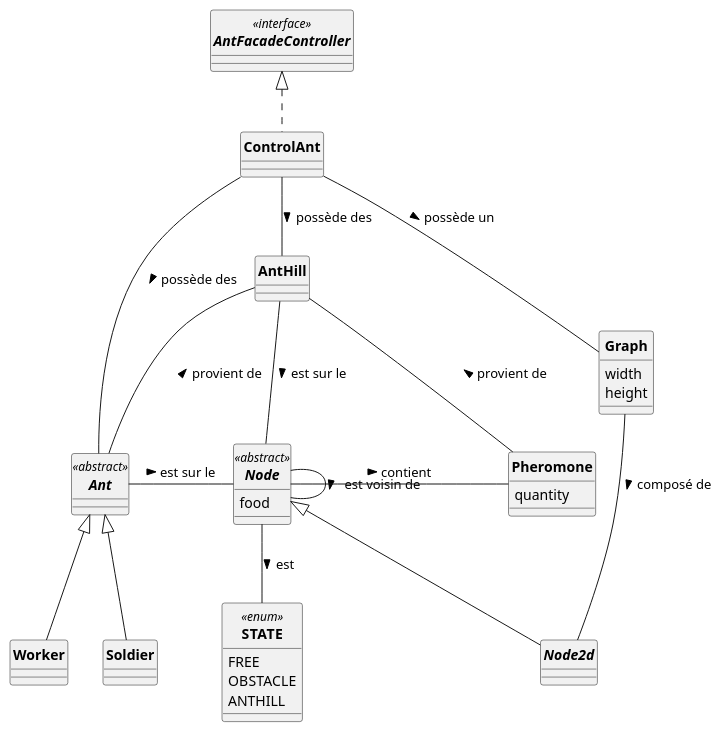
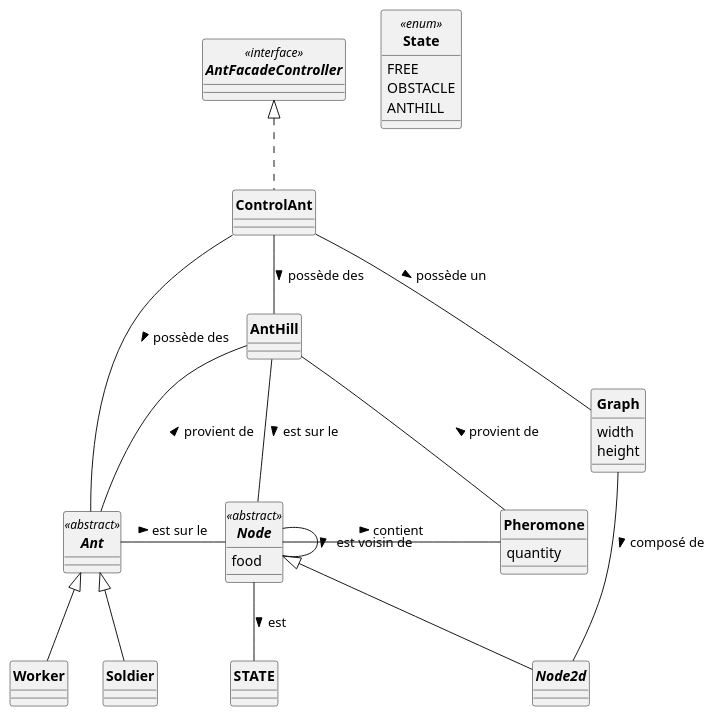
Before and after one commit to ErenMustafaGit/ColonieFourmis: the diagram in src/main/uml/Fourmis_DCa.puml, drawn with PlantUML.

Commit message:
DCa : STATE -> State

```diff
--- a/src/main/uml/Fourmis_DCa.puml
+++ b/src/main/uml/Fourmis_DCa.puml
@@ -1,72 +1,72 @@
 @startuml
 'https://plantuml.com/sequence-diagram
 skinparam style strictuml
 skinparam classAttributeIconSize 0
 skinparam circledCharacterRadius 0
 skinparam circledCharacterFontSize 0
 skinparam classFontStyle Bold
 'autonumber
 
 
 interface AntFacadeController<<interface>>{
 
 }
 
-enum STATE <<enum>> {
+enum State <<enum>> {
     FREE
     OBSTACLE
     ANTHILL
 }
 
 
 class Graph {
      width
      height
 }
 abstract Node <<abstract>>{
     food
 }
 
 
 
 abstract Ant <<abstract>>{
 
 }
 
 class AntHill {
 
 }
 
 class Soldier extends Ant{
 
 }
 
 class Worker extends Ant{
 }
 
 
 class ControlAnt implements AntFacadeController{
 }
 
 class Pheromone{
     quantity
 }
 
 abstract class Node2d extends Node{
 }
 
 Node - Node : est voisin de >
 ControlAnt -- Graph : possède un >
 ControlAnt --- Ant : possède des >
 ControlAnt -- AntHill : possède des >
 Graph -- Node2d : composé de >
 Ant  - Node : est sur le >
 Node --  STATE : est >
 Node - Pheromone : contient >
 Node - AntHill : est sur le <
 
 Ant -u- AntHill : provient de >
 Pheromone - AntHill : provient de >
 
 
 @enduml
```
